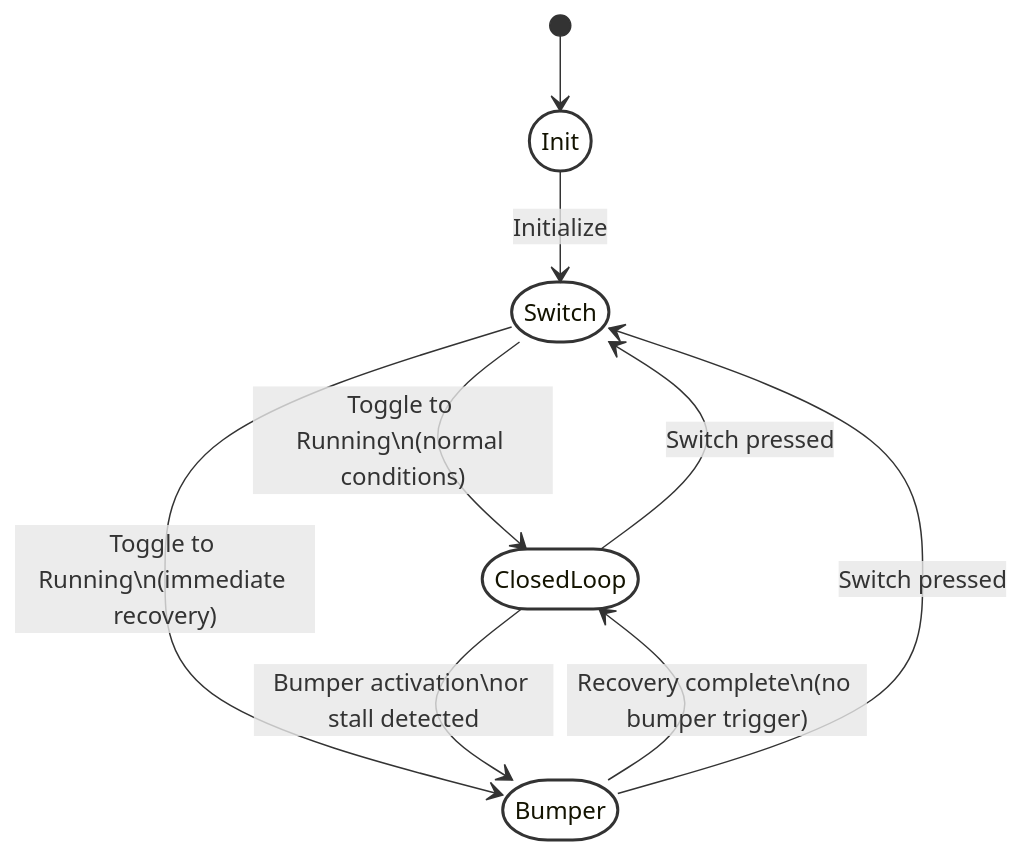
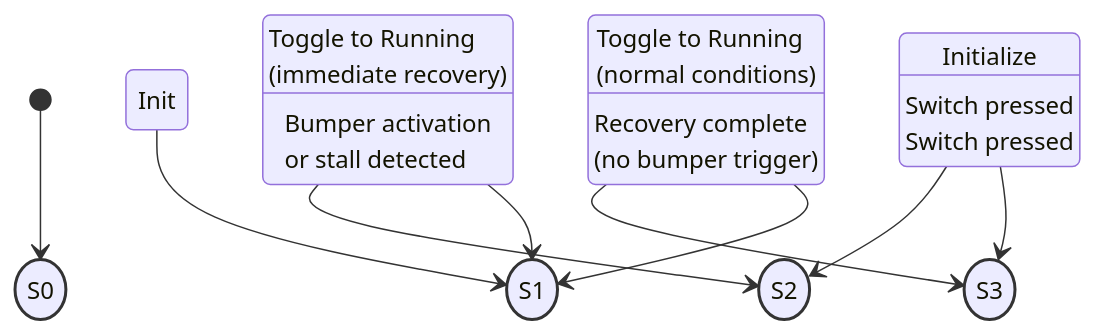
The second of 2 diagrams in README.md (Lukas9293/ME405TermProject), drawn with Mermaid before and after one commit.

````diff
--- a/README.md
+++ b/README.md
@@ -401,18 +401,18 @@
 ```mermaid
 stateDiagram-v2
-    [*] --> Init
-    Init --> Switch : Initialize
-    Switch --> ClosedLoop : Toggle to Running\n(normal conditions)
-    Switch --> Bumper : Toggle to Running\n(immediate recovery)
-    ClosedLoop --> Bumper : Bumper activation\nor stall detected
-    ClosedLoop --> Switch : Switch pressed
-    Bumper --> ClosedLoop : Recovery complete\n(no bumper trigger)
-    Bumper --> Switch : Switch pressed
+    [*] --> S0 Init
+    S0 Init --> S1 Switch : Initialize
+    S1 Switch --> S2 ClosedLoop : Toggle to Running\n(normal conditions)
+    S1 Switch --> S3 Bumper : Toggle to Running\n(immediate recovery)
+    S2 ClosedLoop --> S3 Bumper : Bumper activation\nor stall detected
+    S2 ClosedLoop --> S1 Switch : Switch pressed
+    S3 Bumper --> S2 ClosedLoop : Recovery complete\n(no bumper trigger)
+    S3 Bumper --> S1 Switch : Switch pressed
 
     %% Elliptical styling with no background color
-    style Init fill:none,stroke:#333,stroke-width:2px,rx:30,ry:30
-    style Switch fill:none,stroke:#333,stroke-width:2px,rx:30,ry:30
-    style ClosedLoop fill:none,stroke:#333,stroke-width:2px,rx:30,ry:30
-    style Bumper fill:none,stroke:#333,stroke-width:2px,rx:30,ry:30
+    style S0 Init fill:none,stroke:#333,stroke-width:2px,rx:30,ry:30
+    style S1 Switch fill:none,stroke:#333,stroke-width:2px,rx:30,ry:30
+    style S2 ClosedLoop fill:none,stroke:#333,stroke-width:2px,rx:30,ry:30
+    style S3 Bumper fill:none,stroke:#333,stroke-width:2px,rx:30,ry:30
 
 ```
````
